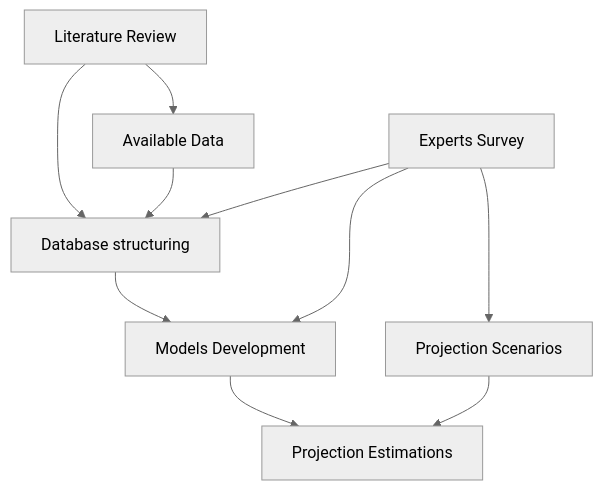
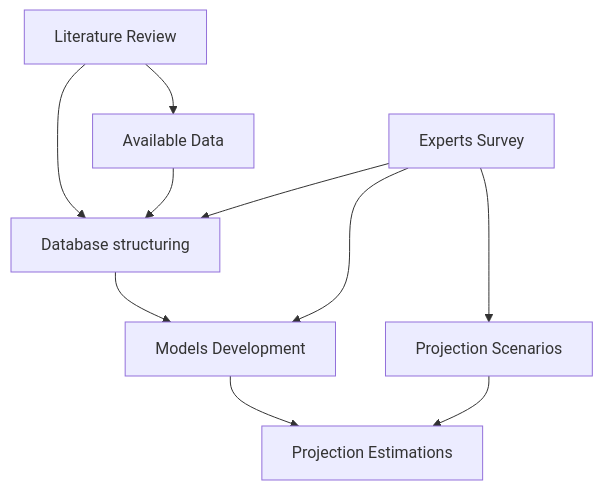
Before and after one commit to hugotseixas/tica-book: the first of 4 diagrams in 03_methods.qmd, drawn with Mermaid. The commit also changed other lines of this file, not shown here.

Commit message:
Fix diagrams alignment.

````diff
--- a/03_methods.qmd
+++ b/03_methods.qmd
@@ -26,16 +26,18 @@
 ```{mermaid}
+%%| label: fig-method-diagram
+%%| fig-cap: Mermaid diagram
 %%| fig-responsive: true
-%%{init: {'theme': 'neutral' } }%%
+%%| fig-align: center
 
 flowchart TD
     A[Literature Review] --> B[Available Data]
     A[Literature Review] --> C[Database structuring]
     B[Available Data] --> C[Database structuring]
     D[Experts Survey] --> C[Database structuring]
     C[Database structuring] --> E[Models Development]
     D[Experts Survey] --> E[Models Development]
     D[Experts Survey] --> F[Projection Scenarios]
     E[Models Development] --> G[Projection Estimations]
     F[Projection Scenarios] --> G[Projection Estimations]
 
 ```
````
